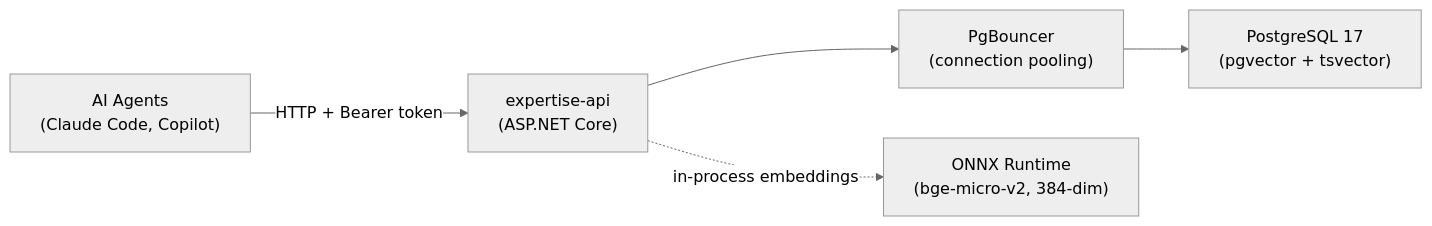
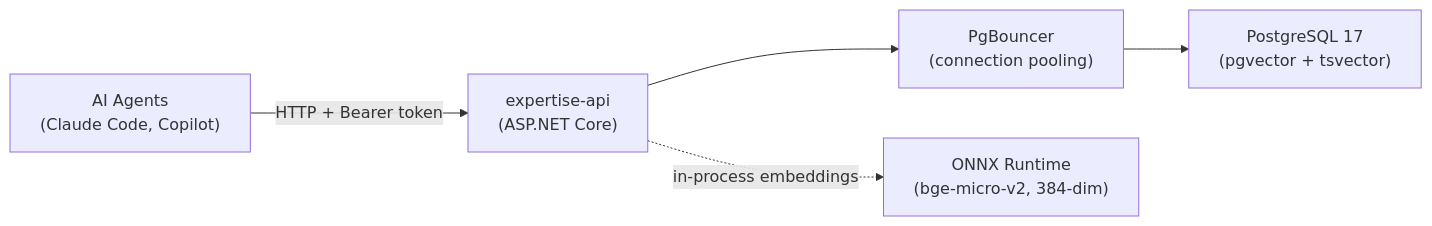
Before and after one commit to TheSemicolon/agent-expertise-api: the diagram in README.md, drawn with Mermaid. The commit also changed other lines of this file and 26 other files, not shown here.

````diff
--- a/README.md
+++ b/README.md
@@ -10,13 +10,12 @@
 ```mermaid
-%%{init: {'theme': 'neutral'}}%%
 flowchart LR
     agents["AI Agents\n(Claude Code, Copilot)"]
     api["expertise-api\n(ASP.NET Core)"]
     pgbouncer["PgBouncer\n(connection pooling)"]
     postgres["PostgreSQL 17\n(pgvector + tsvector)"]
     onnx["ONNX Runtime\n(bge-micro-v2, 384-dim)"]
 
     agents -->|"HTTP + Bearer token"| api
     api --> pgbouncer --> postgres
     api -.->|"in-process embeddings"| onnx
 ```
````
